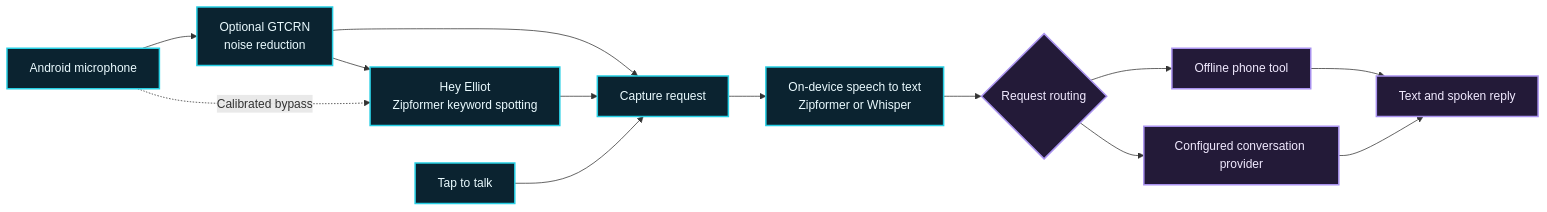
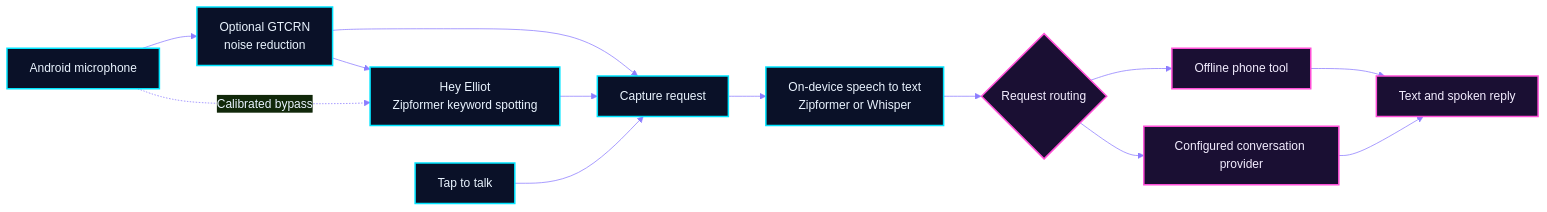
Before and after one commit to modhack2003/ELLIOT_ANDROID: the first of 2 diagrams in README.md, drawn with Mermaid. The commit also changed other lines of this file and 11 other files, not shown here.

````diff
--- a/README.md
+++ b/README.md
@@ -114,20 +162,21 @@
 ```mermaid
+%%{init: {"theme": "base", "themeVariables": {"background": "#020309", "primaryColor": "#0A1128", "primaryTextColor": "#EAF4FF", "primaryBorderColor": "#00E5FF", "lineColor": "#8C7DFF", "fontFamily": "Segoe UI, Arial, sans-serif"}}}%%
 flowchart LR
     MIC["Android microphone"] --> FILTER["Optional GTCRN<br/>noise reduction"]
     FILTER --> WAKE["Hey Elliot<br/>Zipformer keyword spotting"]
     MIC -. Calibrated bypass .-> WAKE
     FILTER --> CAPTURE["Capture request"]
     WAKE --> CAPTURE
     TAP["Tap to talk"] --> CAPTURE
     CAPTURE --> STT["On-device speech to text<br/>Zipformer or Whisper"]
     STT --> ROUTE{"Request routing"}
     ROUTE --> LOCAL["Offline phone tool"]
     ROUTE --> CHAT["Configured conversation provider"]
     LOCAL --> REPLY["Text and spoken reply"]
     CHAT --> REPLY
 
-    classDef audio fill:#0b2330,stroke:#26cfe4,color:#ebfbff,stroke-width:2px
-    classDef route fill:#231a38,stroke:#a992ef,color:#f1eaff,stroke-width:2px
+    classDef audio fill:#0A1128,stroke:#00E5FF,color:#EAF4FF,stroke-width:2px
+    classDef route fill:#1A0F33,stroke:#FF4FD8,color:#F3EDFF,stroke-width:2px
     class MIC,WAKE,CAPTURE,FILTER,STT,TAP audio
     class ROUTE,LOCAL,CHAT,REPLY route
 ```
````
